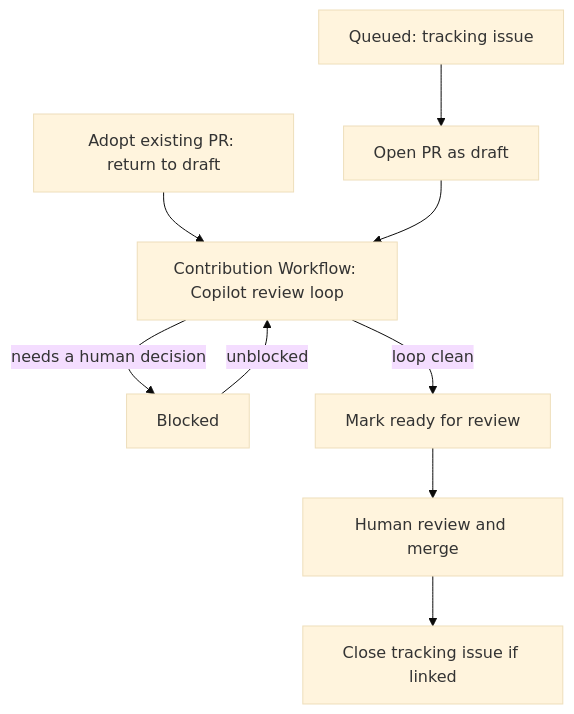
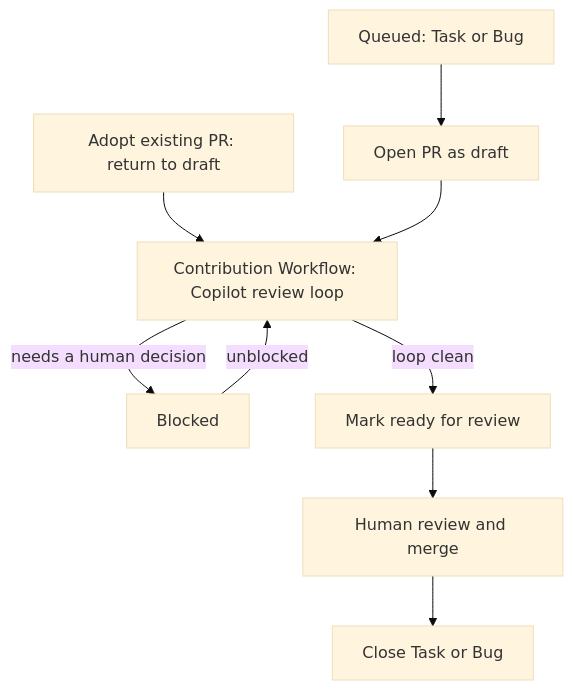
The diagram in src/docs/Ways-of-Working/Fleet-Orchestration.md (MSXOrg/docs), drawn with Mermaid (base theme) before and after one commit. The commit also changed other lines of this file and 13 other files, not shown here.

````diff
--- a/src/docs/Ways-of-Working/Fleet-Orchestration.md
+++ b/src/docs/Ways-of-Working/Fleet-Orchestration.md
@@ -122,11 +122,11 @@
 ```mermaid
 flowchart TD
-    Q[Queued: tracking issue] --> P[Open PR as draft]
+    Q[Queued: Task or Bug] --> P[Open PR as draft]
     A[Adopt existing PR: return to draft] --> R
     P --> R[Contribution Workflow: Copilot review loop]
     R -->|needs a human decision| B[Blocked]
     B -->|unblocked| R
     R -->|loop clean| Y[Mark ready for review]
     Y --> M[Human review and merge]
-    M --> D[Close tracking issue if linked]
+    M --> D[Close Task or Bug]
 ```
````
